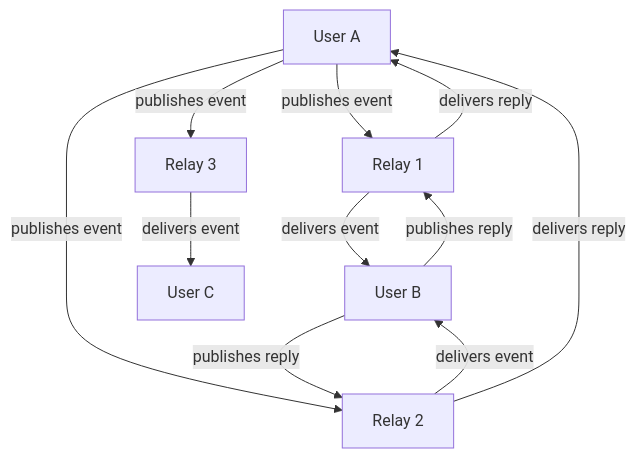
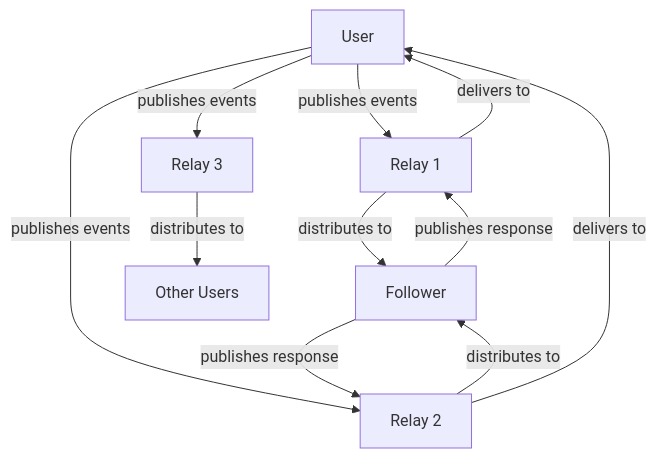
The diagram in docs/getting-started/what-is-nostr.md (cristyalmonte/learnnostr), drawn with Mermaid before and after one commit. The commit also changed other lines of this file and 30 other files, not shown here.

````diff
--- a/docs/getting-started/what-is-nostr.md
+++ b/docs/getting-started/what-is-nostr.md
@@ -33,16 +33,16 @@
 ```mermaid
 graph TB
-    A[User A] -->|publishes event| R1[Relay 1]
-    A -->|publishes event| R2[Relay 2]
-    A -->|publishes event| R3[Relay 3]
+    A[User] -->|publishes events| R1[Relay 1]
+    A -->|publishes events| R2[Relay 2]
+    A -->|publishes events| R3[Relay 3]
     
-    R1 -->|delivers event| B[User B]
-    R2 -->|delivers event| B
-    R3 -->|delivers event| C[User C]
+    R1 -->|distributes to| B[Follower]
+    R2 -->|distributes to| B
+    R3 -->|distributes to| C[Other Users]
     
-    B -->|publishes reply| R1
-    B -->|publishes reply| R2
+    B -->|publishes response| R1
+    B -->|publishes response| R2
     
-    R1 -->|delivers reply| A
-    R2 -->|delivers reply| A
+    R1 -->|delivers to| A
+    R2 -->|delivers to| A
 ```
````
